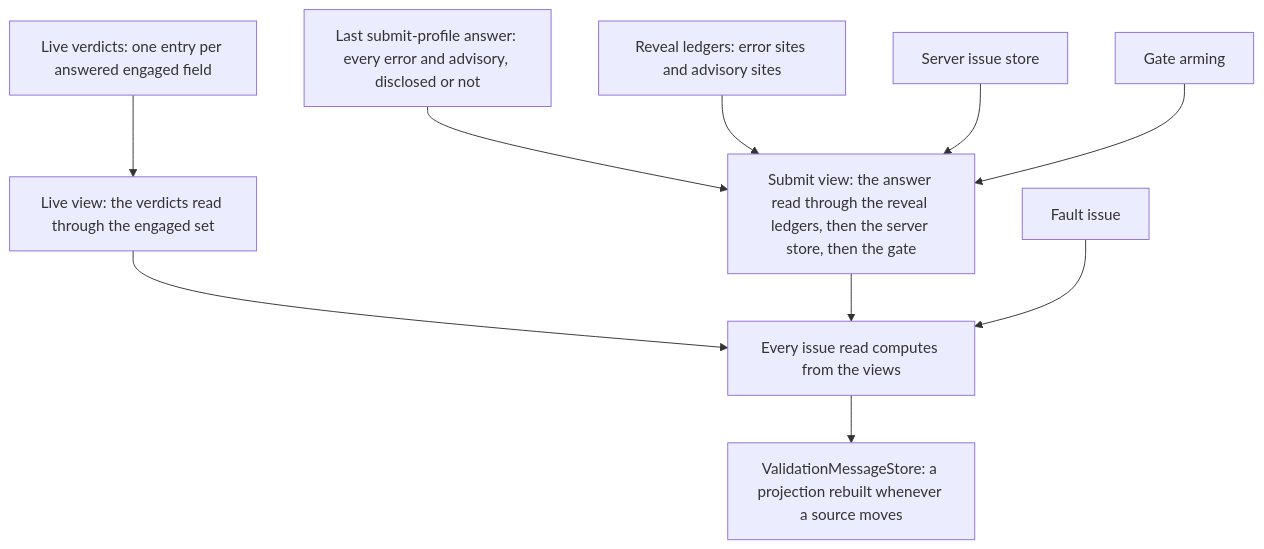
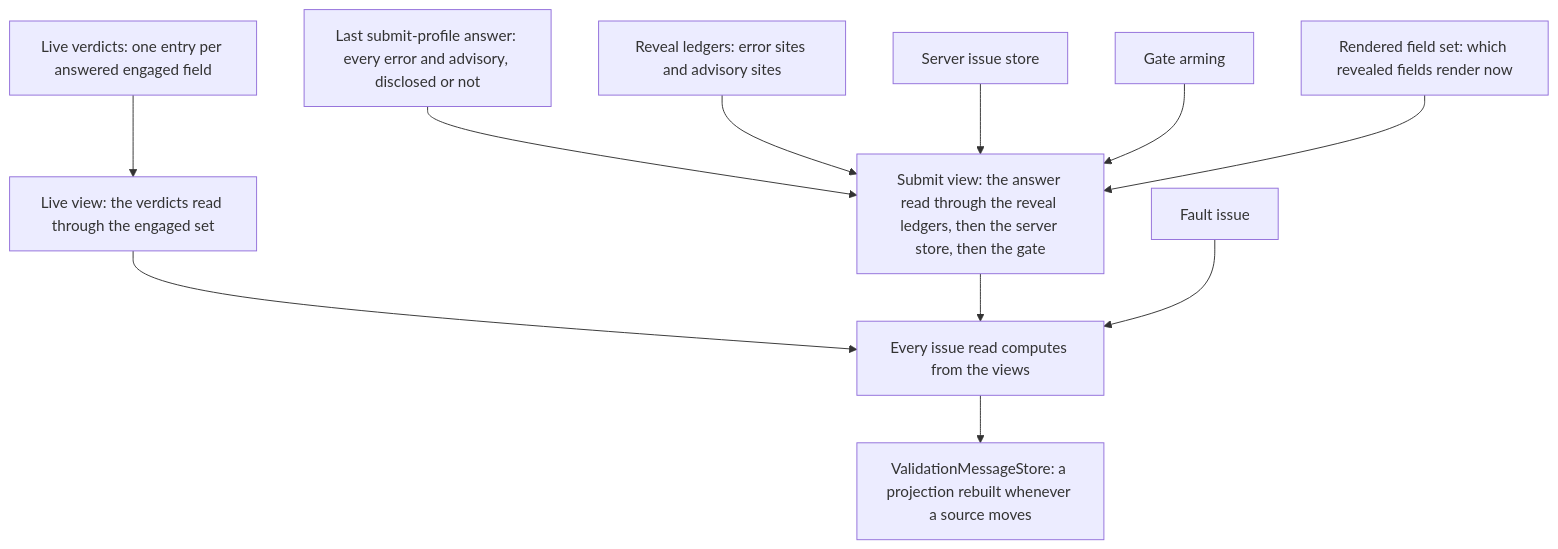
One commit to xfunc-pty-ltd/formidable changed the diagram in docs/how-the-engine-works.md. Above: the diagram before and after it, drawn with Mermaid. The commit also changed other lines of this file and 15 other files, not shown here.

````diff
--- a/docs/how-the-engine-works.md
+++ b/docs/how-the-engine-works.md
@@ -38,12 +41,13 @@
 ```mermaid
 flowchart TD
     LV["Live verdicts: one entry per answered engaged field"] --> LIVE["Live view: the verdicts read through the engaged set"]
     SV["Last submit-profile answer: every error and advisory, disclosed or not"] --> SUB["Submit view: the answer read through the reveal ledgers, then the server store, then the gate"]
     RL["Reveal ledgers: error sites and advisory sites"] --> SUB
     SS["Server issue store"] --> SUB
     GA["Gate arming"] --> SUB
+    RF["Rendered field set: which revealed fields render now"] --> SUB
     LIVE --> READ["Every issue read computes from the views"]
     SUB --> READ
     FI["Fault issue"] --> READ
     READ --> STORE["ValidationMessageStore: a projection rebuilt whenever a source moves"]
 ```
````
